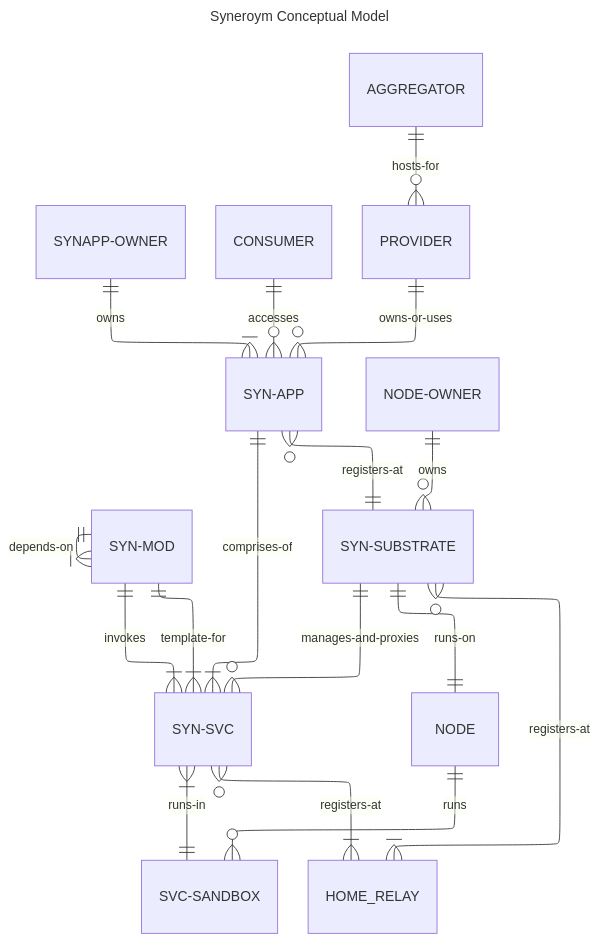
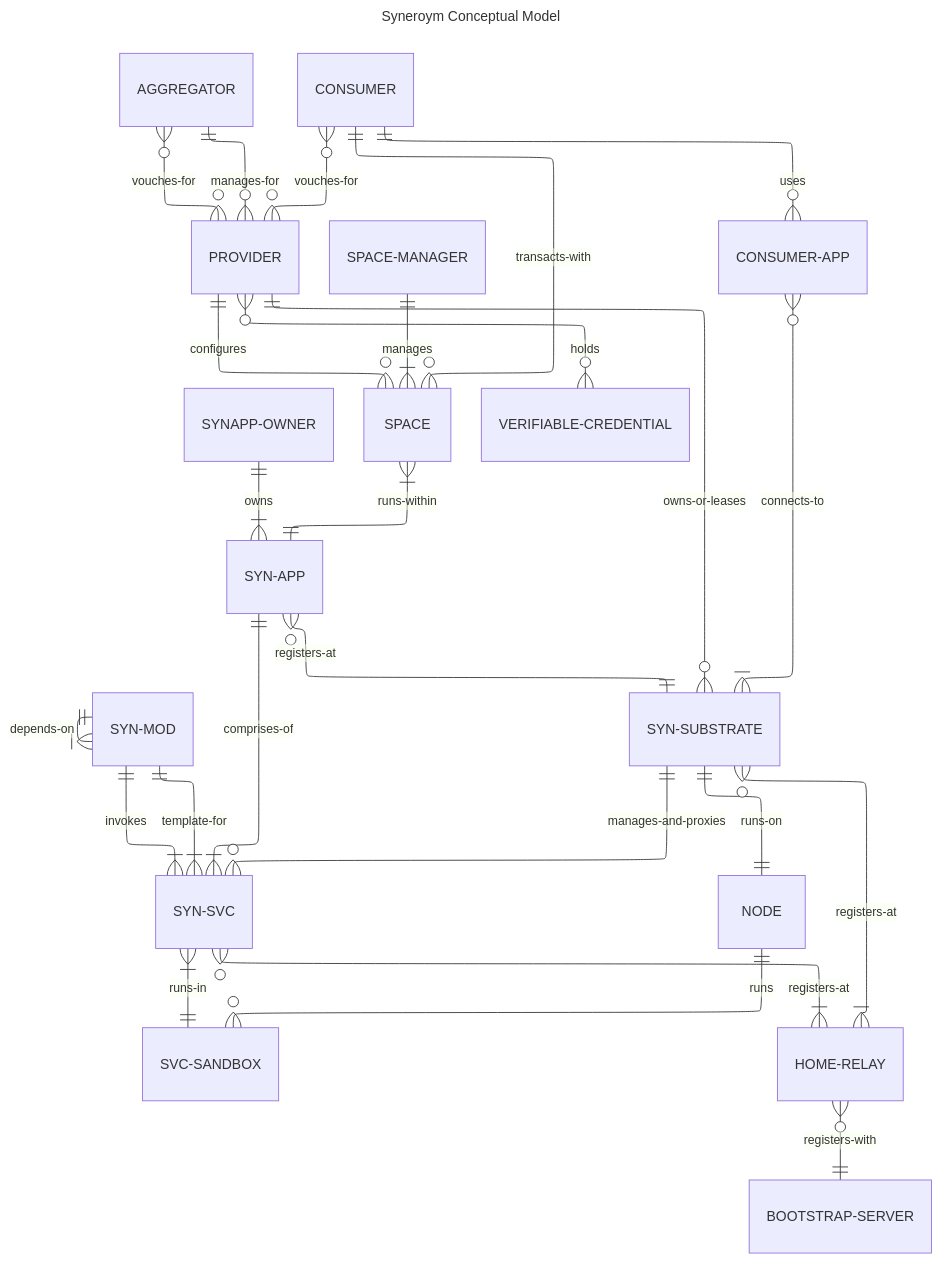
Before and after one commit to syneroym/syneroym: the second of 2 diagrams in docs/requirements.md, drawn with Mermaid. The commit also changed other lines of this file, not shown here.

Commit message:
docs: add glossary and diagram

````diff
--- a/docs/requirements.md
+++ b/docs/requirements.md
@@ -206,35 +292,62 @@
 ```mermaid
 ---
 title: Syneroym Conceptual Model
 config:
     layout: elk
 ---
 erDiagram
     direction TB
 
+    %% --- Module & Service structure ---
     MOD ||--|{ MOD : depends-on
     MOD ||--|{ SVC : invokes
     MOD ||--|{ SVC : template-for
     SYNAPP ||--|{ SVC : comprises-of
     SVC }|--|| SVC-SB : runs-in
     NODE ||--o{ SVC-SB : runs
     SUBSTRATE ||--|| NODE : runs-on
     SUBSTRATE ||--o{ SVC : manages-and-proxies
-    NODE-OWNER ||--o{ SUBSTRATE : owns
+
+    %% --- Ownership ---
+    PROVIDER ||--o{ SUBSTRATE : owns-or-leases
     SYNAPP-OWNER ||--|{ SYNAPP : owns
     SYNAPP }o--|| SUBSTRATE : registers-at
+    AGGREGATOR ||--o{ PROVIDER : manages-for
+
+    %% --- Connectivity ---
     SVC }o--|{ HOME_RELAY : registers-at
     SUBSTRATE }o--|{ HOME_RELAY : registers-at
-    CONSUMER ||--o{ SYNAPP : accesses
-    PROVIDER ||--o{ SYNAPP : owns-or-uses
-    AGGREGATOR ||--o{ PROVIDER : hosts-for
+    HOME_RELAY }o--|| BOOTSTRAP : registers-with
+
+    %% --- SynApp-level entities ---
+    PROVIDER ||--o{ SPACE : configures
+    SPACE }|--|| SYNAPP : runs-within
+    SPACE-MGR ||--|{ SPACE : manages
+
+    %% --- Consumer side ---
+    CONSUMER ||--o{ CONSUMER-APP : uses
+    CONSUMER-APP }o--|{ SUBSTRATE : connects-to
+    CONSUMER ||--o{ SPACE : transacts-with
+
+    %% --- Trust ---
+    PROVIDER }o--o{ VERIFIABLE-CRED : holds
+    CONSUMER }o--o{ PROVIDER : vouches-for
+    AGGREGATOR }o--o{ PROVIDER : vouches-for
 
     MOD[SYN-MOD]{}
     SVC[SYN-SVC]{}
     SYNAPP[SYN-APP]{}
+    SYNAPP-OWNER[SYNAPP-OWNER]{}
     SUBSTRATE[SYN-SUBSTRATE]{}
     SVC-SB[SVC-SANDBOX]{}
-    CONSUMER[CONSUMER]{}
+    NODE[NODE]{}
+    HOME_RELAY[HOME-RELAY]{}
+    BOOTSTRAP[BOOTSTRAP-SERVER]{}
     PROVIDER[PROVIDER]{}
     AGGREGATOR[AGGREGATOR]{}
+    SPACE[SPACE]{}
+    SPACE-MGR[SPACE-MANAGER]{}
+    CONSUMER[CONSUMER]{}
+    CONSUMER-APP[CONSUMER-APP]{}
+    VERIFIABLE-CRED[VERIFIABLE-CREDENTIAL]{}
 ```
````
